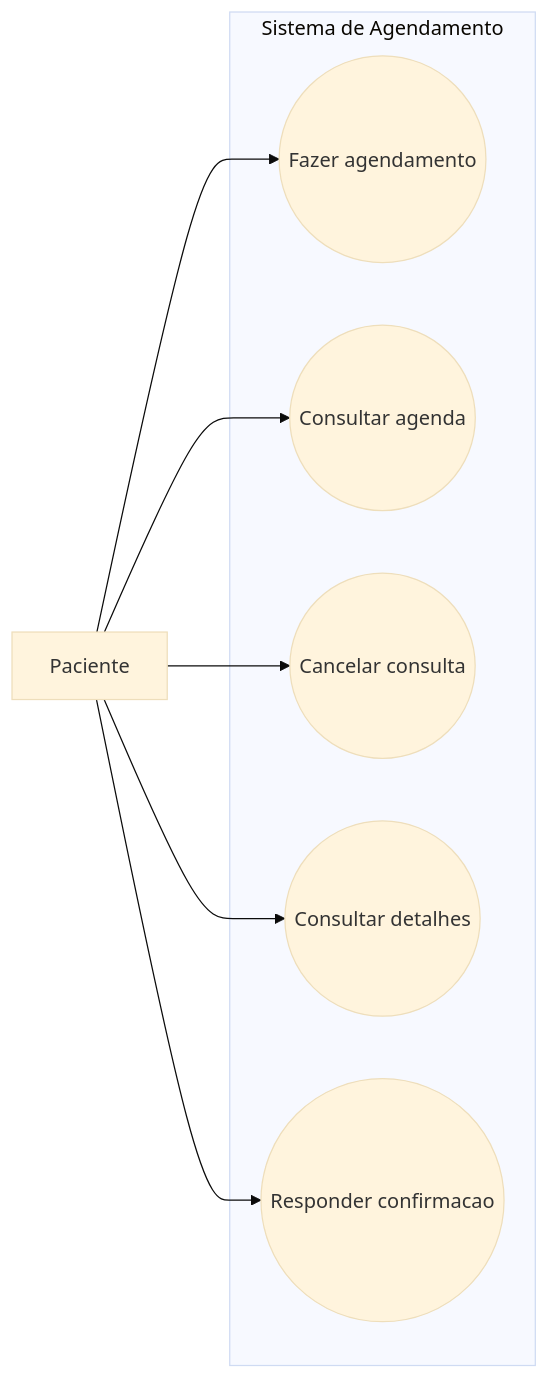
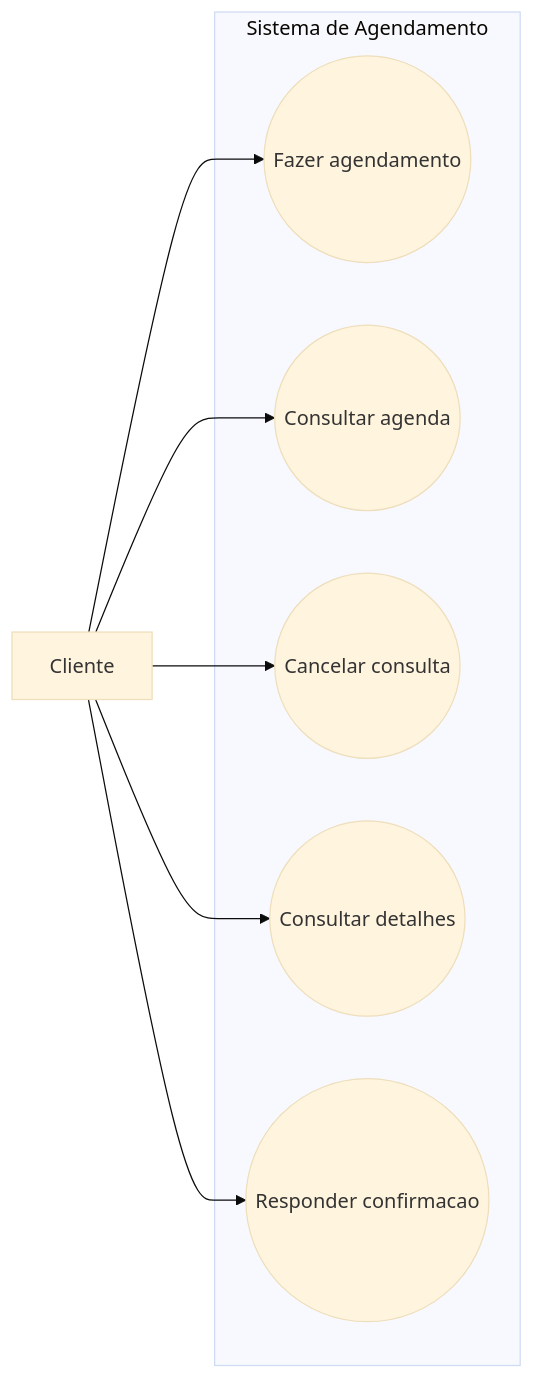
Before and after one commit to InsaneCaio/eng-soft-2026-1: the diagram in docs/casos de uso/paciente.md, drawn with Mermaid (base theme). The commit also changed other lines of this file, not shown here.

````diff
--- a/docs/casos de uso/paciente.md
+++ b/docs/casos de uso/paciente.md
@@ -13,19 +13,19 @@
 ```mermaid
 flowchart LR
-    P[Paciente]
+    P[Cliente]
 
     subgraph Sistema de Agendamento
         UC1((Fazer agendamento))
         UC2((Consultar agenda))
         UC3((Cancelar consulta))
         UC4((Consultar detalhes))
         UC5((Responder confirmacao))
     end
 
     P --> UC1
     P --> UC2
     P --> UC3
     P --> UC4
     P --> UC5
 
 ```
````
